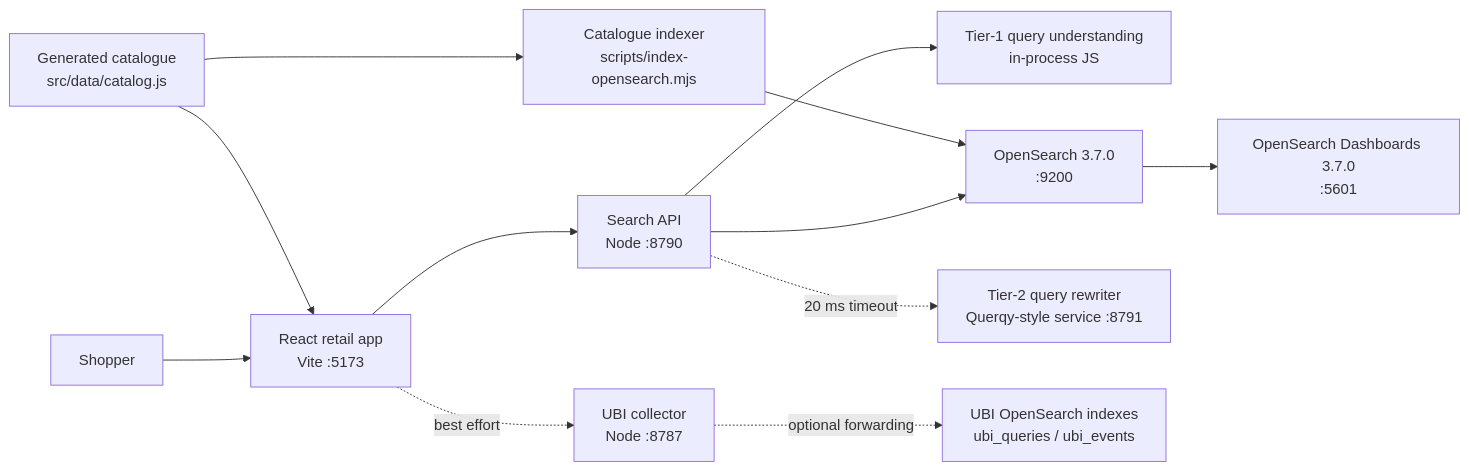
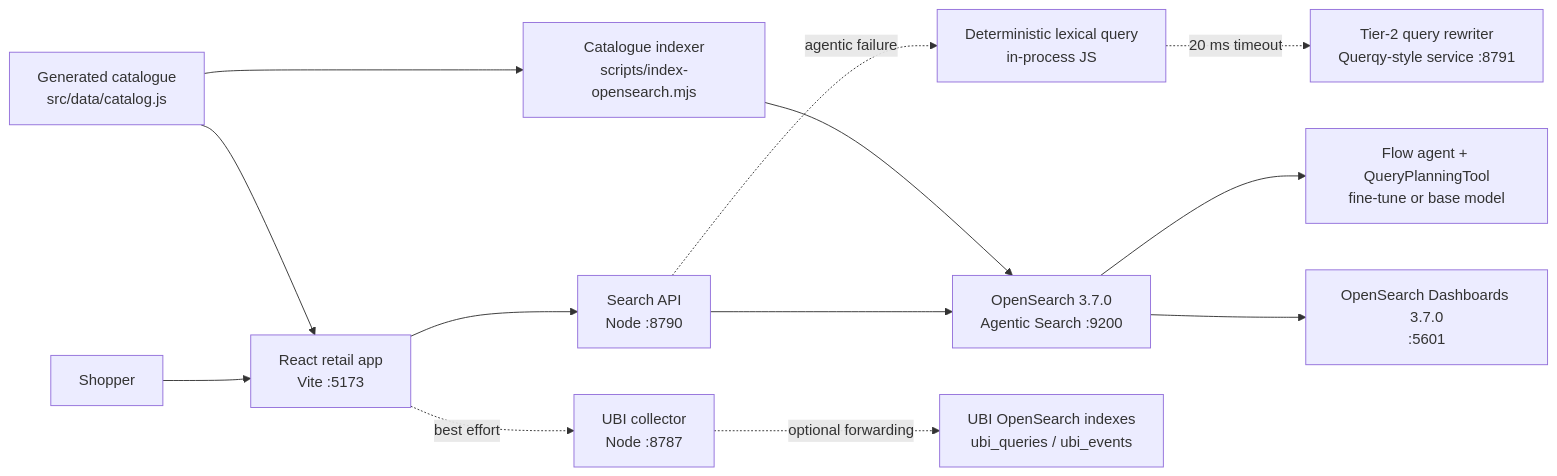
The first of 2 diagrams in retail-search-prototype/docs/architecture-report.md (sharp-pixel/LaTrouvaille), drawn with Mermaid before and after one commit. The commit also changed other lines of this file and 40 other files, not shown here.

Commit message:
Expand retail search prototype and query training workflows

````diff
--- a/retail-search-prototype/docs/architecture-report.md
+++ b/retail-search-prototype/docs/architecture-report.md
@@ -23,17 +23,18 @@
 ```mermaid
 flowchart LR
   Shopper["Shopper"] --> React["React retail app\nVite :5173"]
   React --> SearchAPI["Search API\nNode :8790"]
   React -. best effort .-> UBICollector["UBI collector\nNode :8787"]
 
-  SearchAPI --> Tier1QU["Tier-1 query understanding\nin-process JS"]
-  SearchAPI --> OpenSearch["OpenSearch 3.7.0\n:9200"]
-  SearchAPI -. 20 ms timeout .-> Rewriter["Tier-2 query rewriter\nQuerqy-style service :8791"]
+  SearchAPI --> OpenSearch["OpenSearch 3.7.0\nAgentic Search :9200"]
+  OpenSearch --> Planner["Flow agent + QueryPlanningTool\nfine-tune or base model"]
+  SearchAPI -. agentic failure .-> Tier1QU["Deterministic lexical query\nin-process JS"]
+  Tier1QU -. 20 ms timeout .-> Rewriter["Tier-2 query rewriter\nQuerqy-style service :8791"]
 
   UBICollector -. optional forwarding .-> UBIIndexes["UBI OpenSearch indexes\nubi_queries / ubi_events"]
   OpenSearch --> Dashboards["OpenSearch Dashboards 3.7.0\n:5601"]
 
   Indexer["Catalogue indexer\nscripts/index-opensearch.mjs"] --> OpenSearch
   Catalog["Generated catalogue\nsrc/data/catalog.js"] --> Indexer
   Catalog --> React
 ```
````
